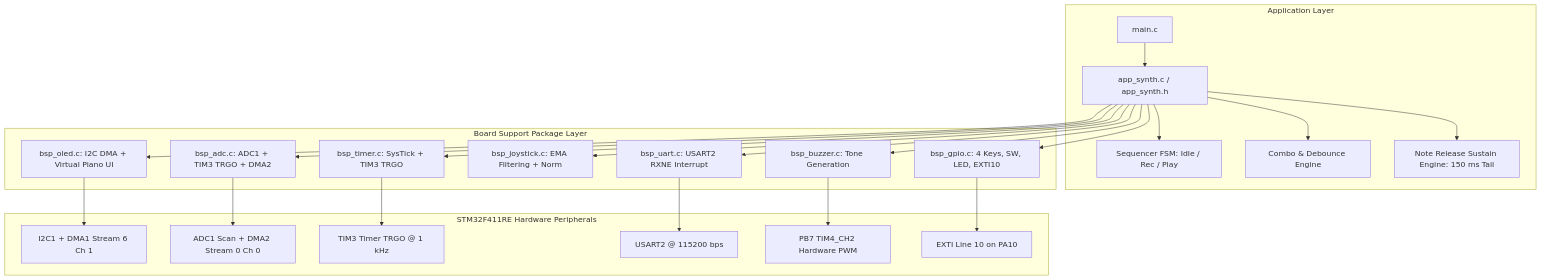
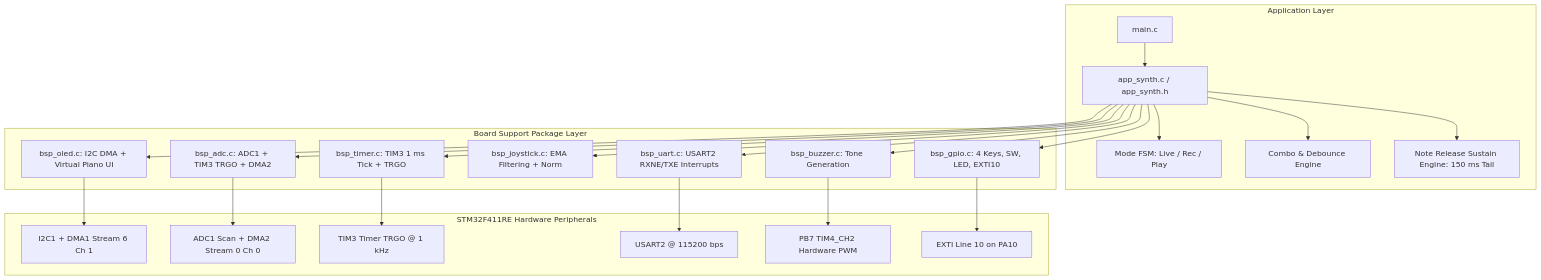
The diagram in PROJECT_STRUCTURE.md (peerapas-sr/STM32f411-synthesizer), drawn with Mermaid before and after one commit. The commit also changed other lines of this file and 17 other files, not shown here.

````diff
--- a/PROJECT_STRUCTURE.md
+++ b/PROJECT_STRUCTURE.md
@@ -16,28 +16,28 @@
 ```mermaid
 graph TD
     subgraph APP [Application Layer]
         Main[main.c] --> AppSynth[app_synth.c / app_synth.h]
-        AppSynth --> SequencerFSM[Sequencer FSM: Idle / Rec / Play]
+        AppSynth --> SequencerFSM[Mode FSM: Live / Rec / Play]
         AppSynth --> KeyCombos[Combo & Debounce Engine]
         AppSynth --> SustainEngine[Note Release Sustain Engine: 150 ms Tail]
     end
 
     subgraph BSP [Board Support Package Layer]
         AppSynth --> BSP_OLED[bsp_oled.c: I2C DMA + Virtual Piano UI]
         AppSynth --> BSP_ADC[bsp_adc.c: ADC1 + TIM3 TRGO + DMA2]
         AppSynth --> BSP_BUZZER[bsp_buzzer.c: Tone Generation]
         AppSynth --> BSP_JOY[bsp_joystick.c: EMA Filtering + Norm]
-        AppSynth --> BSP_UART[bsp_uart.c: USART2 RXNE Interrupt]
+        AppSynth --> BSP_UART[bsp_uart.c: USART2 RXNE/TXE Interrupts]
         AppSynth --> BSP_GPIO[bsp_gpio.c: 4 Keys, SW, LED, EXTI10]
-        AppSynth --> BSP_TIMER[bsp_timer.c: SysTick + TIM3 TRGO]
+        AppSynth --> BSP_TIMER[bsp_timer.c: TIM3 1 ms Tick + TRGO]
     end
 
     subgraph HW [STM32F411RE Hardware Peripherals]
         BSP_OLED --> I2C1_DMA1[I2C1 + DMA1 Stream 6 Ch 1]
         BSP_ADC --> ADC1_DMA2[ADC1 Scan + DMA2 Stream 0 Ch 0]
         BSP_TIMER --> TIM3[TIM3 Timer TRGO @ 1 kHz]
         BSP_UART --> USART2[USART2 @ 115200 bps]
         BSP_BUZZER --> TIM4_CH2[PB7 TIM4_CH2 Hardware PWM]
         BSP_GPIO --> EXTI10[EXTI Line 10 on PA10]
     end
 ```
````
